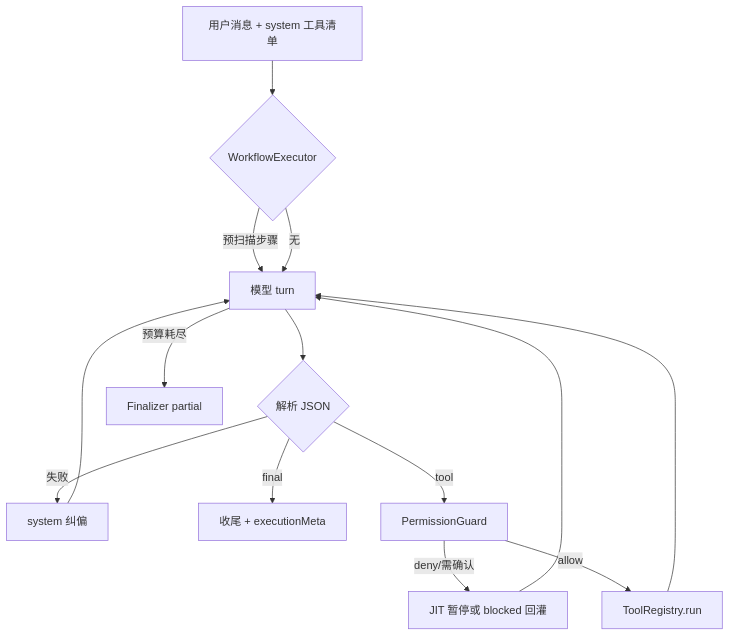
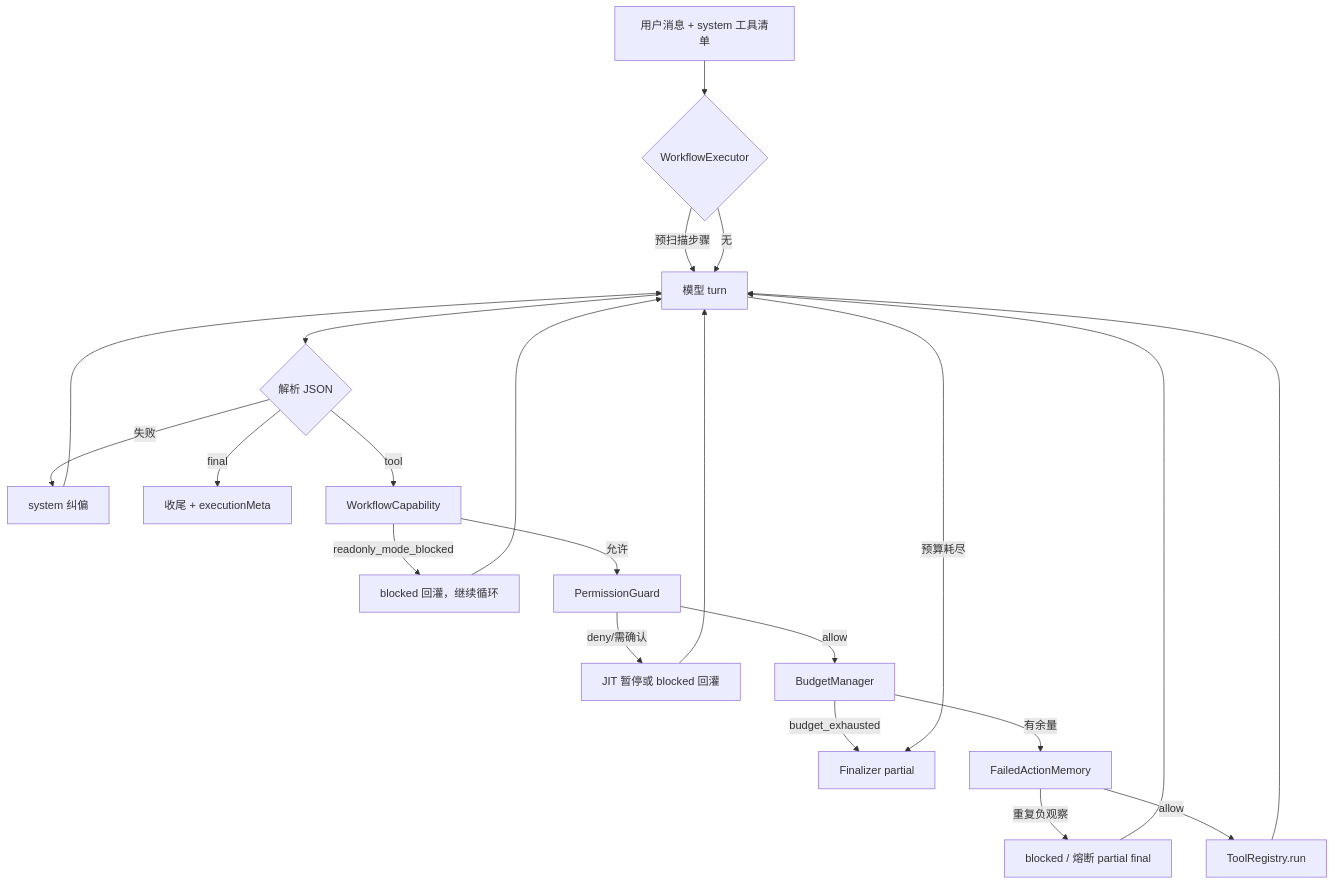
One commit to Atikou/AgentRelay changed the third of 6 diagrams in docs/执行流程.md. Above: the diagram before and after it, drawn with Mermaid. The commit also changed other lines of this file and 122 other files, not shown here.

````diff
--- a/docs/执行流程.md
+++ b/docs/执行流程.md
@@ -82,15 +88,23 @@
 ```mermaid
 flowchart TD
   START[用户消息 + system 工具清单] --> PRE{WorkflowExecutor}
   PRE -->|预扫描步骤| MODEL[模型 turn]
   PRE -->|无| MODEL
   MODEL --> PARSE{解析 JSON}
   PARSE -->|失败| ERR[system 纠偏] --> MODEL
   PARSE -->|final| END[收尾 + executionMeta]
-  PARSE -->|tool| GUARD[PermissionGuard]
+  PARSE -->|tool| CAP[WorkflowCapability]
+  CAP -->|readonly_mode_blocked| BLOCK2[blocked 回灌，继续循环]
+  BLOCK2 --> MODEL
+  CAP -->|允许| GUARD[PermissionGuard]
   GUARD -->|deny/需确认| PAUSE[JIT 暂停或 blocked 回灌]
   PAUSE --> MODEL
-  GUARD -->|allow| TOOL[ToolRegistry.run]
+  GUARD -->|allow| BUDGET[BudgetManager]
+  BUDGET -->|budget_exhausted| PARTIAL[Finalizer partial]
+  BUDGET -->|有余量| MEM[FailedActionMemory]
+  MEM -->|重复负观察| BLOCK[blocked / 熔断 partial final]
+  BLOCK --> MODEL
+  MEM -->|allow| TOOL[ToolRegistry.run]
   TOOL --> MODEL
   MODEL -->|预算耗尽| PARTIAL[Finalizer partial]
 ```
````
